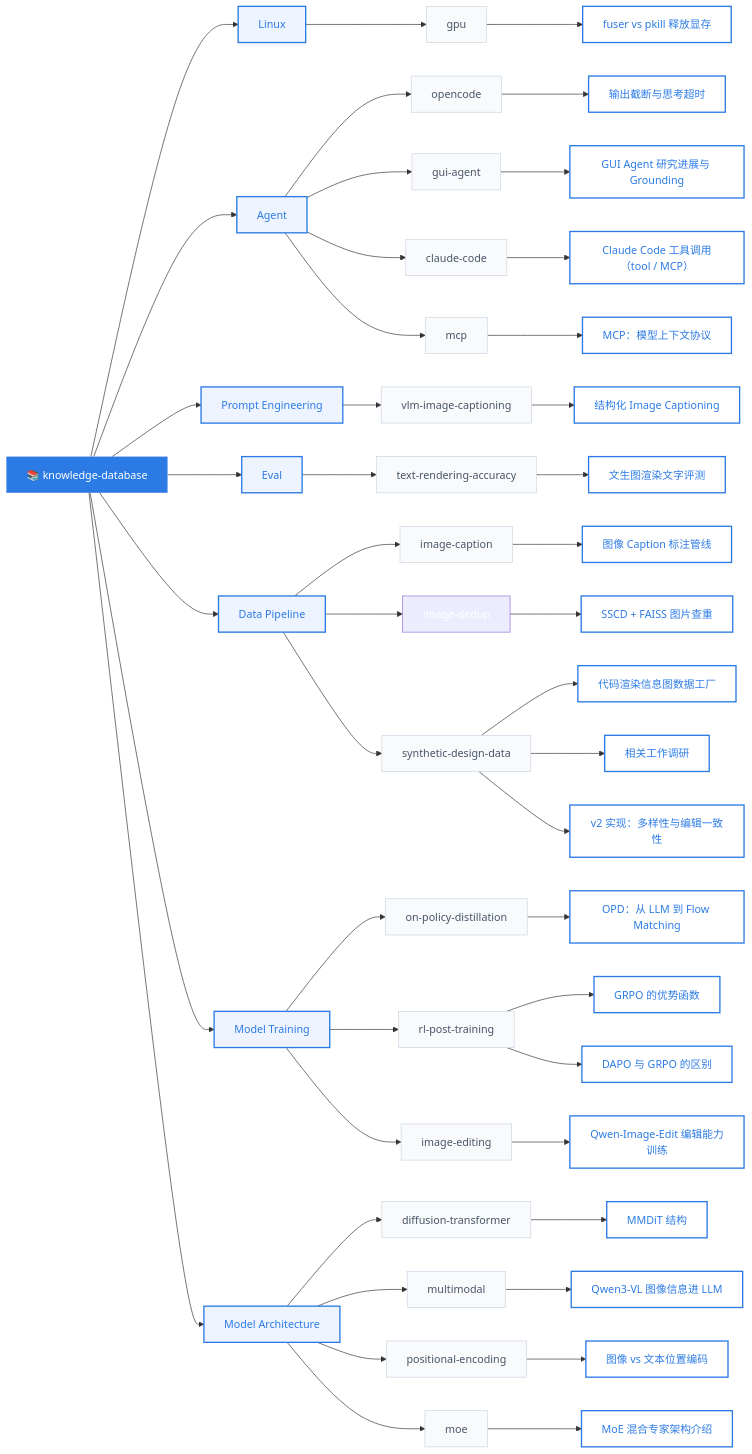
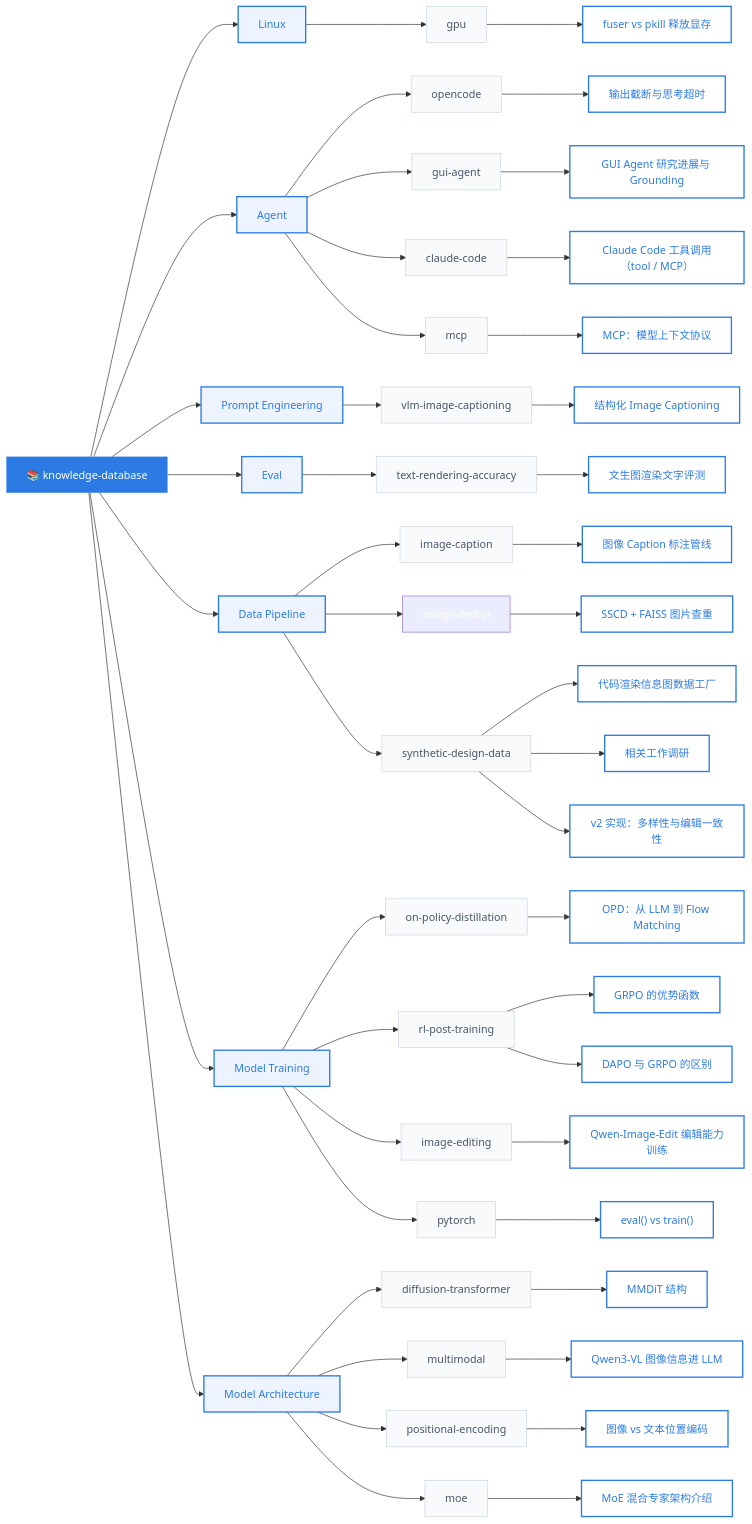
The diagram in README.md (caseclose/knowledge-database), drawn with Mermaid before and after one commit. The commit also changed other lines of this file and 2 other files, not shown here.

Commit message:
add: model.eval() 与 model.train() 的作用
面试向说明二者只切换 Dropout/BN 的 training 标志，和 no_grad / requires_grad 分工不同。

````diff
--- a/README.md
+++ b/README.md
@@ -55,6 +55,8 @@
     RLPT --> K14["DAPO 与 GRPO 的区别"]
     MT --> IE["image-editing"]
     IE --> K15["Qwen-Image-Edit 编辑能力训练"]
+    MT --> PT["pytorch"]
+    PT --> K21["eval() vs train()"]
 
     MA --> DT["diffusion-transformer"]
     DT --> K16["MMDiT 结构"]
@@ -72,8 +74,8 @@
 
     class KB root
     class Linux,Agent,PE,Eval,DP,MT,MA category
-    class GPU,OC,GUI,CC,MCP,PE1,EV1,DP1,DP3,OPD,RLPT,IE,DT,MM,PEnc,MoE sub
-    class K1,K2,K3,K4,K5,K6,K7,K8,K9,K10,K11,K12,K13,K14,K15,K16,K17,K18,K19,K20 knowledge
+    class GPU,OC,GUI,CC,MCP,PE1,EV1,DP1,DP3,OPD,RLPT,IE,PT,DT,MM,PEnc,MoE sub
+    class K1,K2,K3,K4,K5,K6,K7,K8,K9,K10,K11,K12,K13,K14,K15,K16,K17,K18,K19,K20,K21 knowledge
 
     click K1 href "#/linux/gpu/fuser-vs-pkill-release-gpu-memory"
     click K2 href "#/agent/opencode/output-truncation-and-thinking-timeout"
@@ -95,4 +97,5 @@
     click K18 href "#/model-architecture/positional-encoding/image-vs-text-positional-encoding"
     click K19 href "#/model-architecture/moe/moe-architecture-intro"
     click K20 href "#/agent/mcp/model-context-protocol-intro"
+    click K21 href "#/model-training/pytorch/eval-vs-train"
 ```
````
